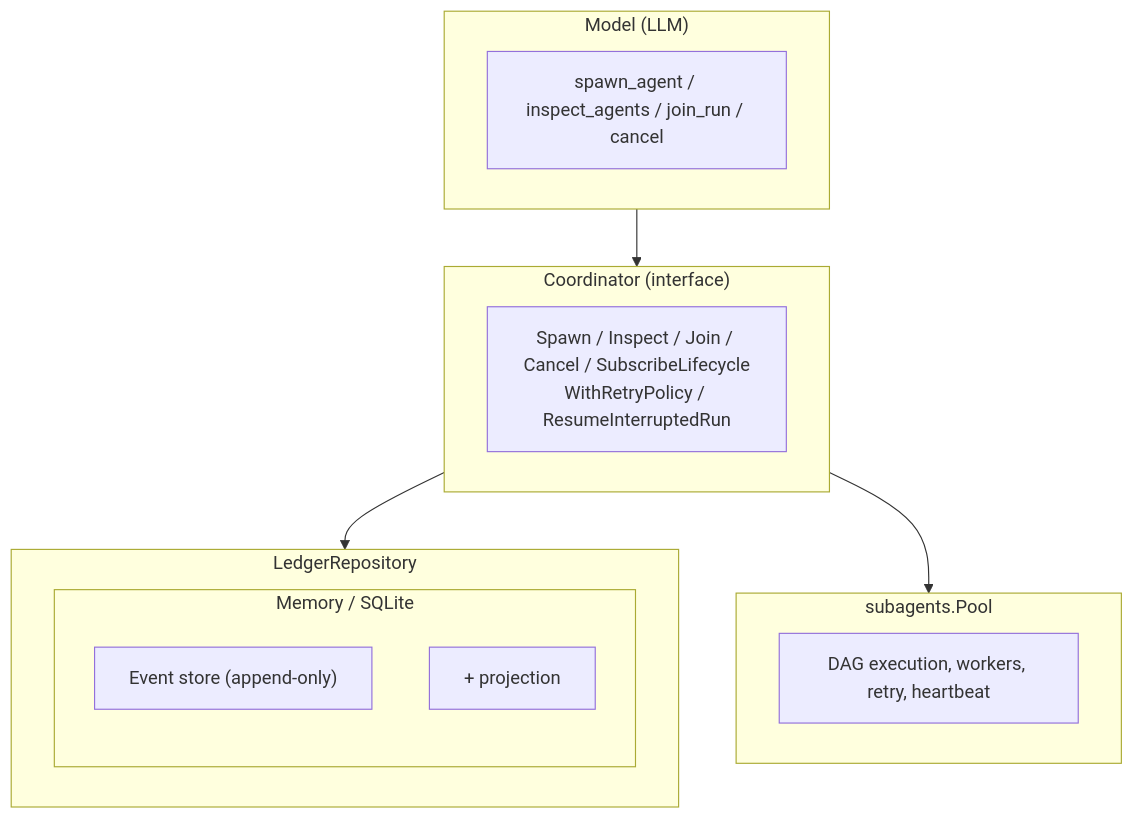
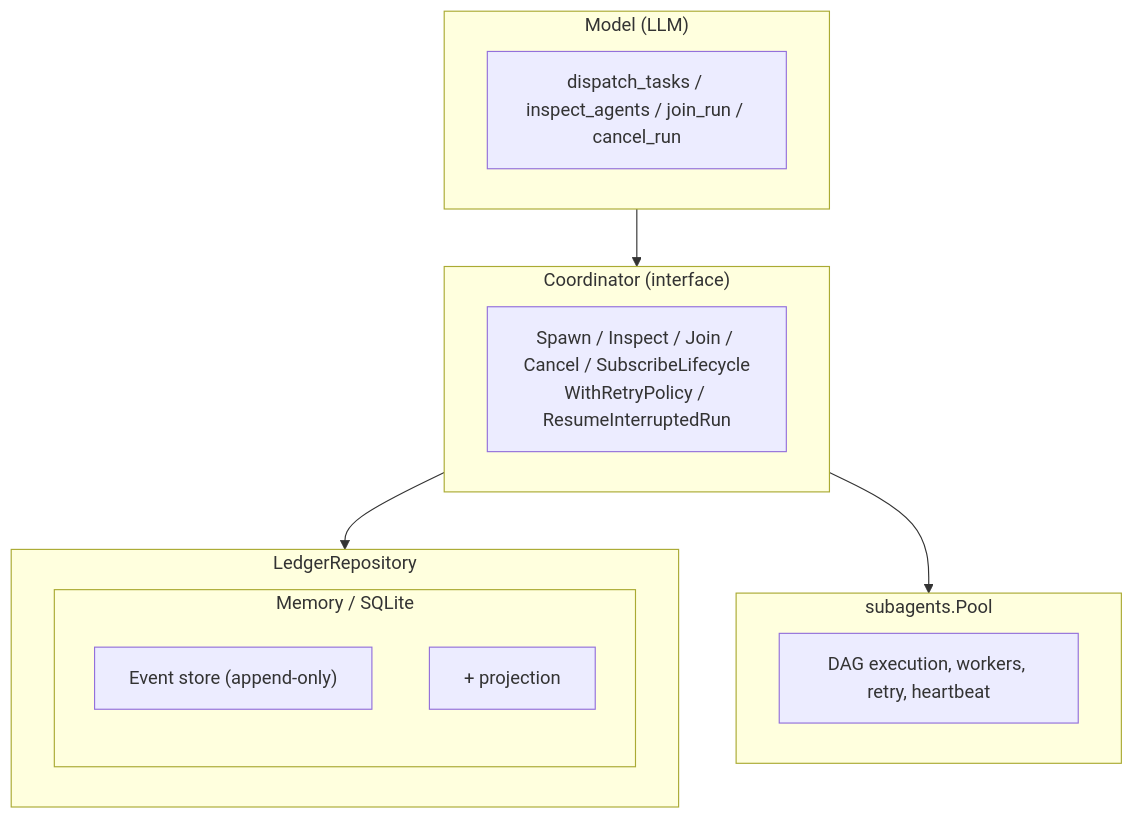
One commit to MiviaLabs/mivia-agent changed the diagram in docs/architecture/overview.md. Above: the diagram before and after it, drawn with Mermaid. The commit also changed other lines of this file and 8 other files, not shown here.

First line of the commit message:
docs(agent): document unified dispatch_tasks tool surface

````diff
--- a/docs/architecture/overview.md
+++ b/docs/architecture/overview.md
@@ -180,25 +180,25 @@
 ```mermaid
 flowchart TD
     subgraph Model["Model (LLM)"]
-        model_ops["spawn_agent / inspect_agents / join_run / cancel"]
+        model_ops["dispatch_tasks / inspect_agents / join_run / cancel_run"]
     end
 
     subgraph Coordinator["Coordinator (interface)"]
         coord_ops["Spawn / Inspect / Join / Cancel / SubscribeLifecycle\nWithRetryPolicy / ResumeInterruptedRun"]
     end
 
     subgraph Ledger["LedgerRepository"]
         subgraph Storage["Memory / SQLite"]
             event_store["Event store (append-only)"]
             projection["+ projection"]
         end
     end
 
     subgraph Pool["subagents.Pool"]
         pool_ops["DAG execution, workers, retry, heartbeat"]
     end
 
     Model --> Coordinator
     Coordinator --> Ledger
     Coordinator --> Pool
 ```
````
